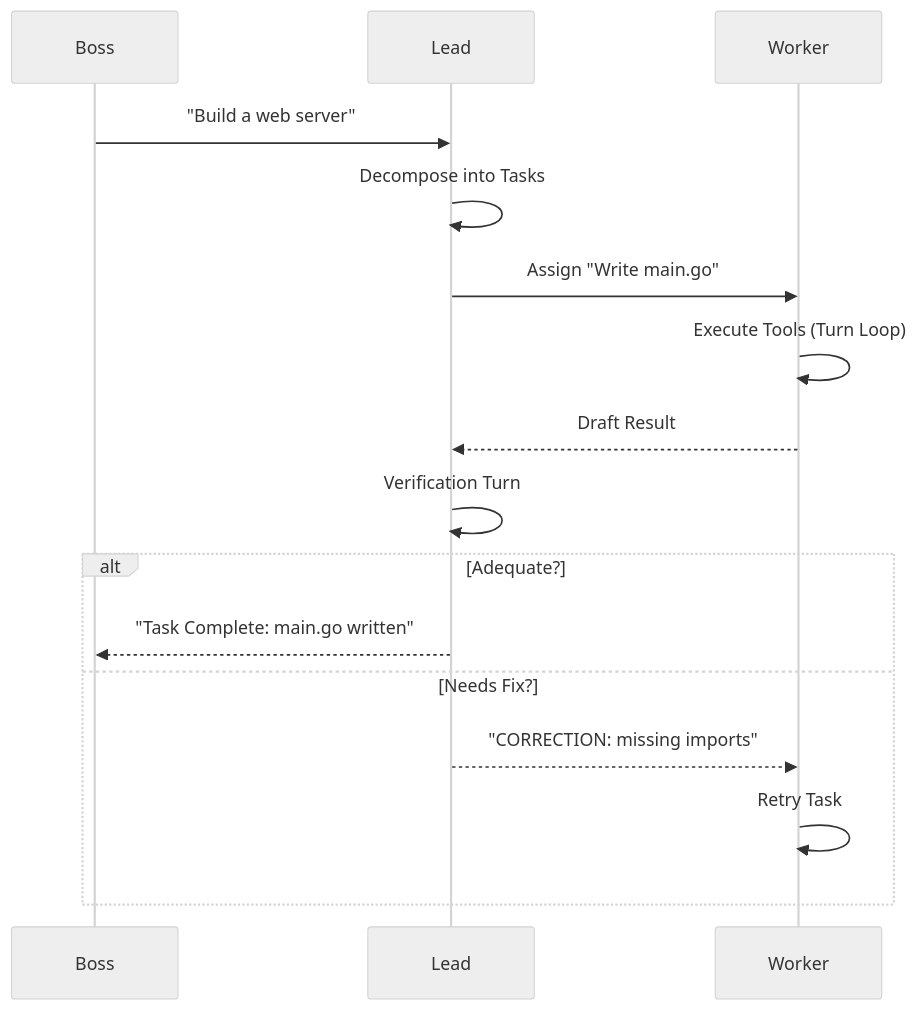
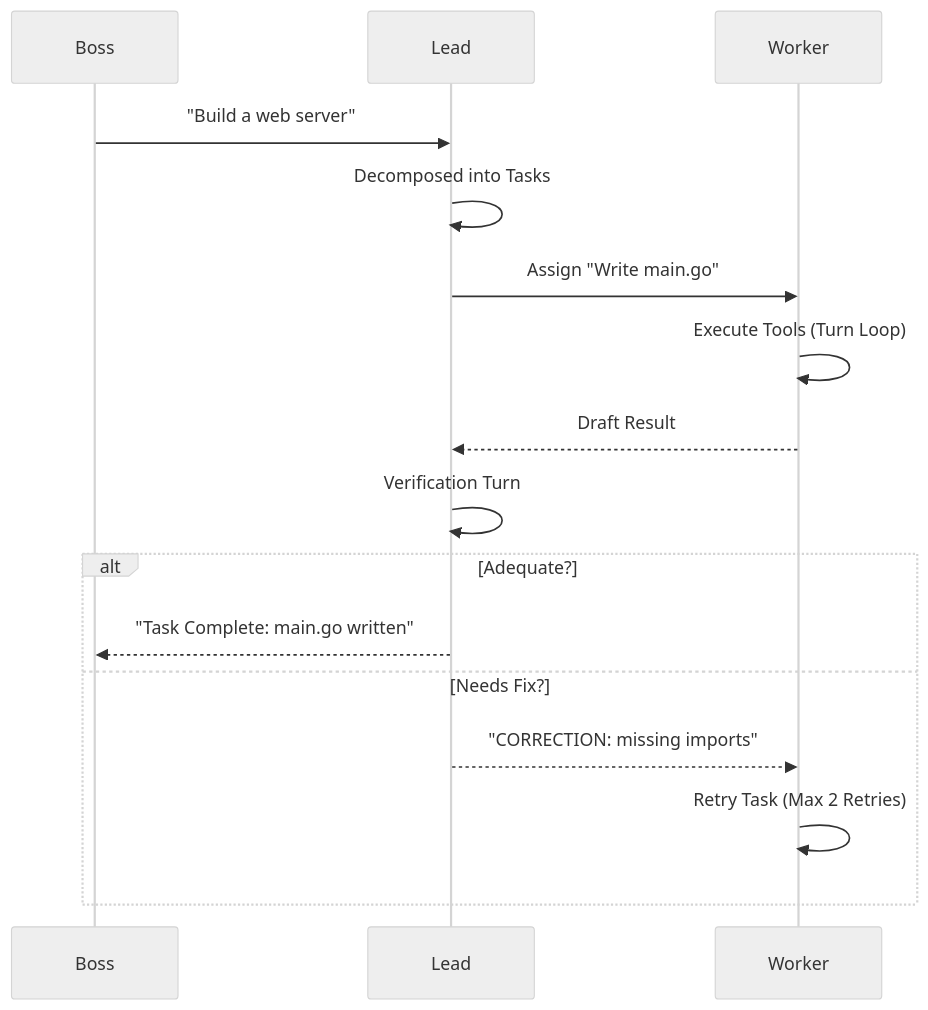
The second of 2 diagrams in docs/thought_pipeline.md (Haepapa/kotui), drawn with Mermaid (neutral theme) before and after one commit. The commit also changed other lines of this file and 5 other files, not shown here.

````diff
--- a/docs/thought_pipeline.md
+++ b/docs/thought_pipeline.md
@@ -86,19 +105,19 @@
 ```mermaid
 sequenceDiagram
     participant Boss
     participant Lead
     participant Worker
     
     Boss->>Lead: "Build a web server"
-    Lead->>Lead: Decompose into Tasks
+    Lead->>Lead: Decomposed into Tasks
     Lead->>Worker: Assign "Write main.go"
     Worker->>Worker: Execute Tools (Turn Loop)
     Worker-->>Lead: Draft Result
     Lead->>Lead: Verification Turn
     alt Adequate?
         Lead-->>Boss: "Task Complete: main.go written"
     else Needs Fix?
         Lead-->>Worker: "CORRECTION: missing imports"
-        Worker->>Worker: Retry Task
+        Worker->>Worker: Retry Task (Max 2 Retries)
     end
 ```
````
